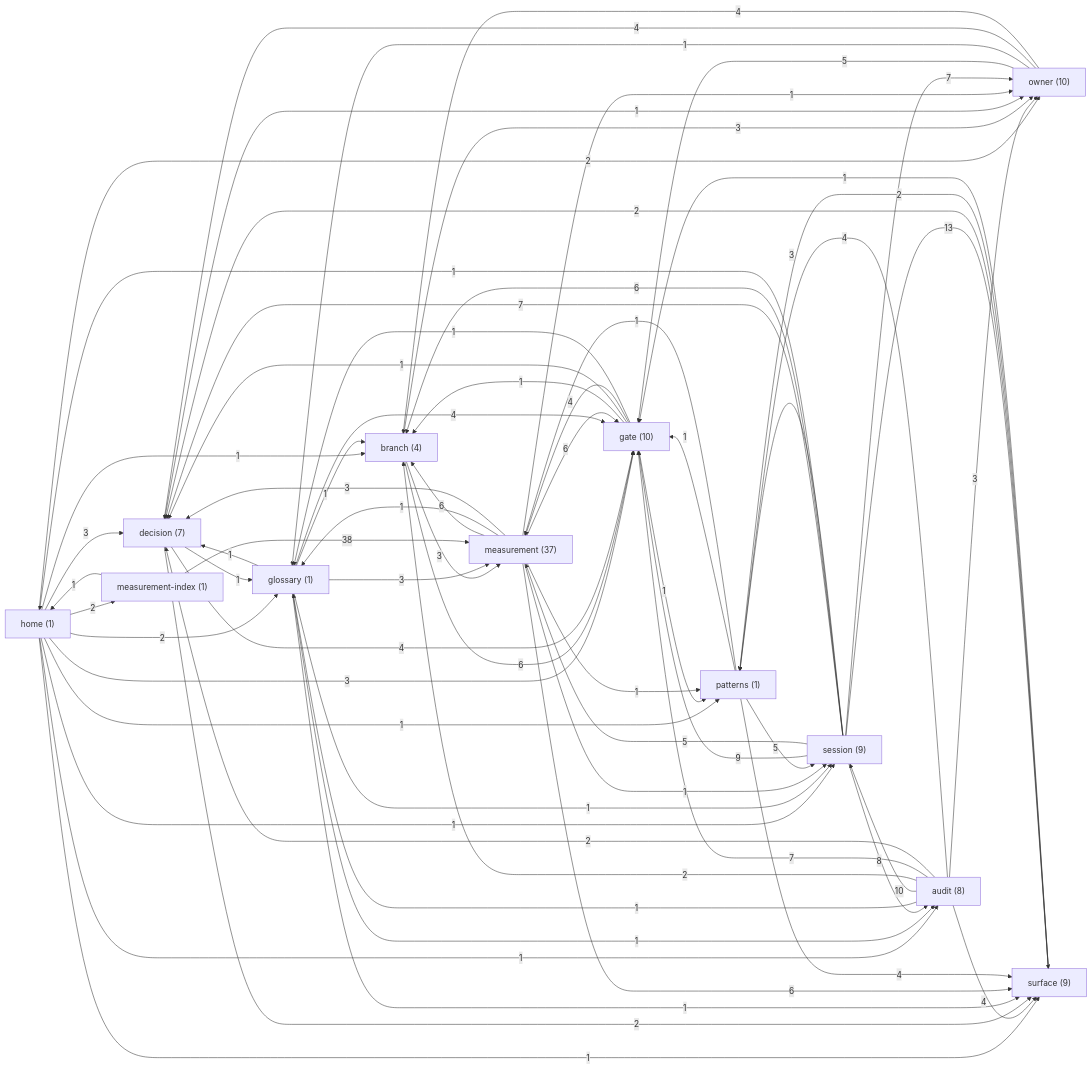
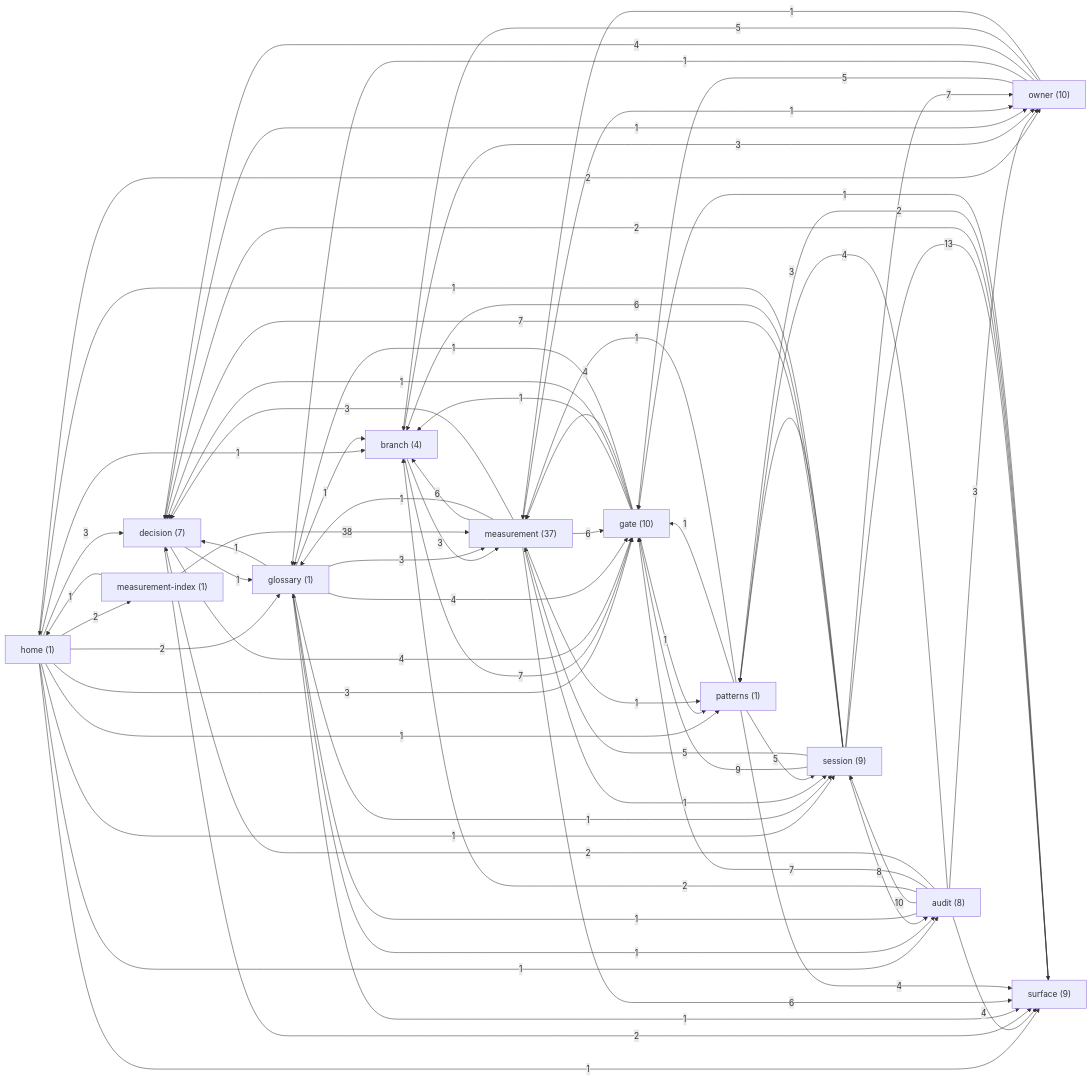
Before and after one commit to sergey9519546/STORYMACHINE: the diagram in docs/brain/GRAPH.md, drawn with Mermaid. The commit also changed other lines of this file and 9 other files, not shown here.

```diff
--- a/docs/brain/GRAPH.md
+++ b/docs/brain/GRAPH.md
@@ -39,7 +39,7 @@
   audit -->|3| owner
   audit -->|4| surface
   branch -->|3| measurement
-  branch -->|6| gate
+  branch -->|7| gate
   branch -->|3| owner
   decision -->|1| glossary
   decision -->|4| gate
@@ -70,7 +70,8 @@
   owner -->|5| gate
   owner -->|1| glossary
   owner -->|4| decision
-  owner -->|4| branch
+  owner -->|5| branch
+  owner -->|1| measurement
   patterns -->|5| session
   patterns -->|4| surface
   patterns -->|1| gate
```
